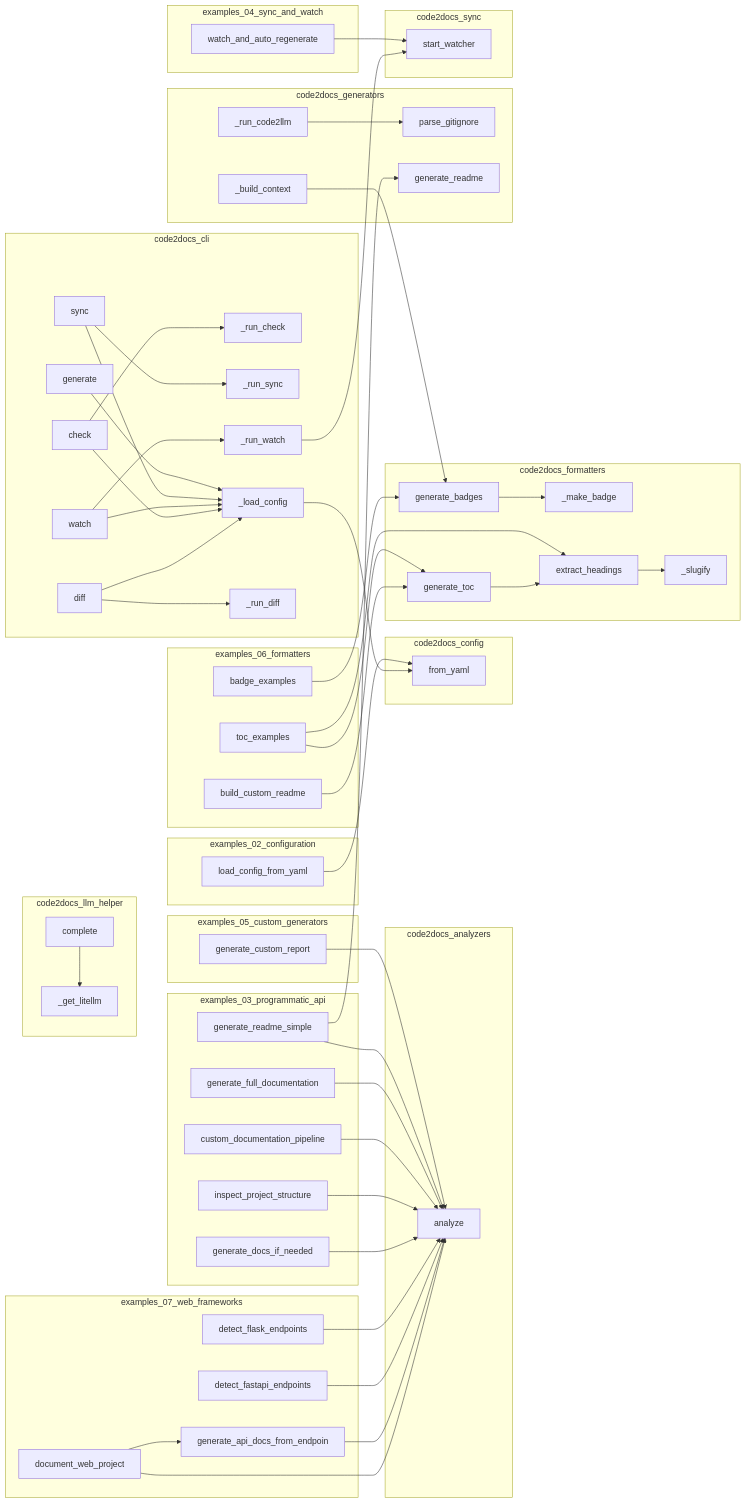
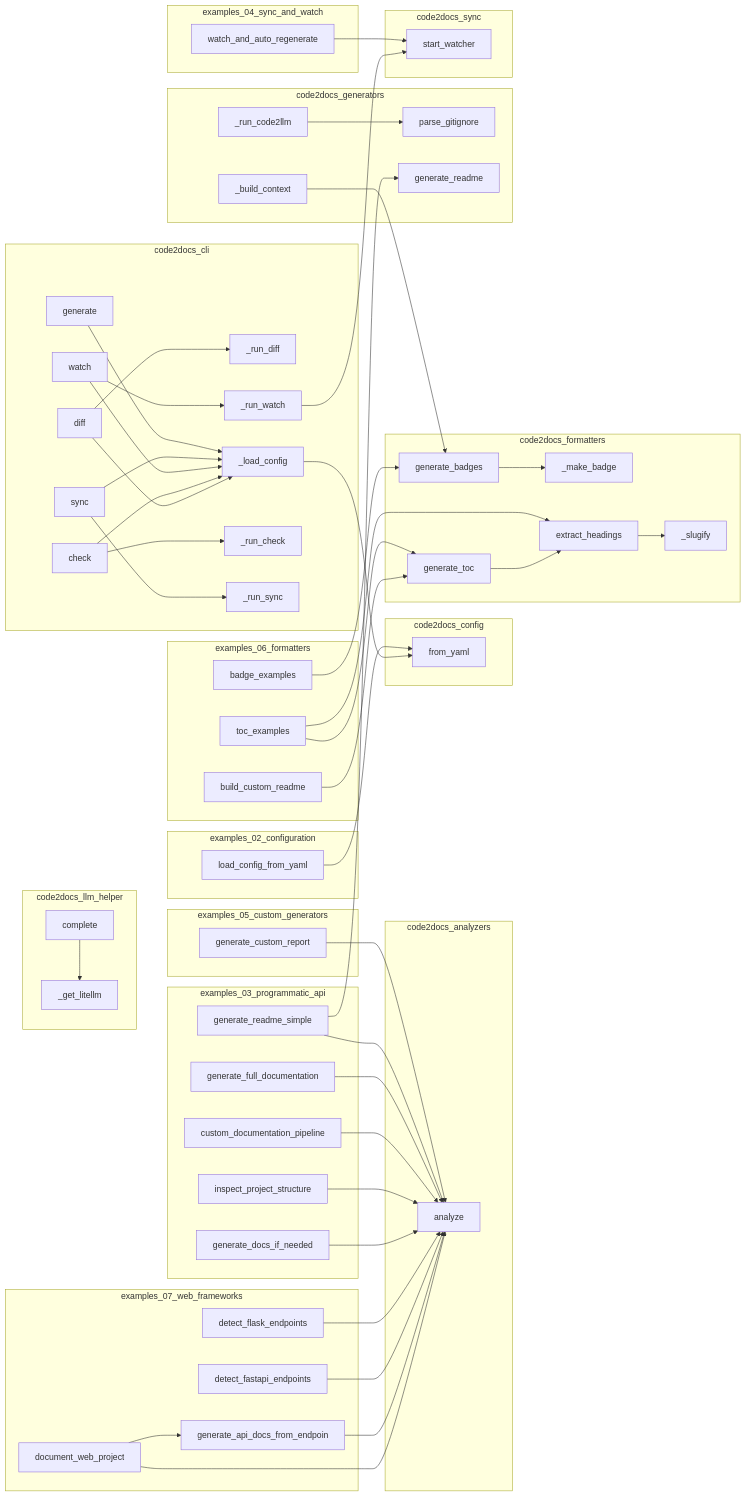
Before and after one commit to wronai/code2docs: the diagram in project/calls.mmd, drawn with Mermaid. The commit also changed other lines of this file and 29 other files, not shown here.

```diff
--- a/project/calls.mmd
+++ b/project/calls.mmd
@@ -1,101 +1,101 @@
 flowchart LR
     subgraph code2docs_analyzers
         code2docs__analyze["analyze"]
     end
     subgraph code2docs_cli
+        code2docs__cli__sync["sync"]
+        code2docs__cli___run_diff["_run_diff"]
+        code2docs__cli___load_config["_load_config"]
+        code2docs__cli___run_watch["_run_watch"]
+        code2docs__cli___run_check["_run_check"]
+        code2docs__cli___run_sync["_run_sync"]
         code2docs__cli__watch["watch"]
-        code2docs__cli___run_check["_run_check"]
+        code2docs__cli__diff["diff"]
         code2docs__cli__generate["generate"]
         code2docs__cli__check["check"]
-        code2docs__cli___run_sync["_run_sync"]
-        code2docs__cli___load_config["_load_config"]
-        code2docs__cli__sync["sync"]
-        code2docs__cli___run_watch["_run_watch"]
-        code2docs__cli___run_diff["_run_diff"]
-        code2docs__cli__diff["diff"]
     end
     subgraph code2docs_config
         code2docs__config__Code2DocsConfig__from_yaml["from_yaml"]
     end
     subgraph code2docs_formatters
+        code2docs__formatters__toc___slugify["_slugify"]
+        code2docs__formatters__toc__generate_toc["generate_toc"]
         code2docs__formatters__badges___make_badge["_make_badge"]
-        code2docs__formatters__toc__generate_toc["generate_toc"]
-        code2docs__formatters__toc___slugify["_slugify"]
         code2docs__formatters__toc__extract_headings["extract_headings"]
         code2docs__formatters__badges__generate_badges["generate_badges"]
     end
     subgraph code2docs_generators
         code2docs__parse_gitignore["parse_gitignore"]
         code2docs__generators__readme_gen__generate_readme["generate_readme"]
         code2docs___build_context["_build_context"]
         code2docs___run_code2llm["_run_code2llm"]
     end
     subgraph code2docs_llm_helper
         code2docs__llm_helper__LLMHelper__complete["complete"]
         code2docs__llm_helper___get_litellm["_get_litellm"]
     end
     subgraph code2docs_sync
         code2docs__sync__watcher__start_watcher["start_watcher"]
     end
     subgraph examples_02_configuration
         examples__02_configuration__load_config_from_yaml["load_config_from_yaml"]
     end
     subgraph examples_03_programmatic_api
         examples__inspect_project_structure["inspect_project_structure"]
         examples__custom_documentation_pipeline["custom_documentation_pipeline"]
+        examples__generate_full_documentation["generate_full_documentation"]
+        examples__generate_readme_simple["generate_readme_simple"]
         examples__generate_docs_if_needed["generate_docs_if_needed"]
-        examples__generate_readme_simple["generate_readme_simple"]
-        examples__generate_full_documentation["generate_full_documentation"]
     end
     subgraph examples_04_sync_and_watch
         examples__watch_and_auto_regenerate["watch_and_auto_regenerate"]
     end
     subgraph examples_05_custom_generators
         examples__generate_custom_report["generate_custom_report"]
     end
     subgraph examples_06_formatters
+        examples__06_formatters__toc_examples["toc_examples"]
+        examples__06_formatters__build_custom_readme["build_custom_readme"]
         examples__06_formatters__badge_examples["badge_examples"]
-        examples__06_formatters__build_custom_readme["build_custom_readme"]
-        examples__06_formatters__toc_examples["toc_examples"]
     end
     subgraph examples_07_web_frameworks
+        examples__detect_fastapi_endpoints["detect_fastapi_endpoints"]
+        examples__07_web_frameworks__document_web_project["document_web_project"]
+        examples__generate_api_docs_from_endpoints["generate_api_docs_from_endpoin"]
         examples__detect_flask_endpoints["detect_flask_endpoints"]
-        examples__detect_fastapi_endpoints["detect_fastapi_endpoints"]
-        examples__generate_api_docs_from_endpoints["generate_api_docs_from_endpoin"]
-        examples__07_web_frameworks__document_web_project["document_web_project"]
     end
     code2docs__llm_helper__LLMHelper__complete --> code2docs__llm_helper___get_litellm
     examples__watch_and_auto_regenerate --> code2docs__sync__watcher__start_watcher
     examples__generate_custom_report --> code2docs__analyze
     examples__06_formatters__badge_examples --> code2docs__formatters__badges__generate_badges
     examples__06_formatters__toc_examples --> code2docs__formatters__toc__generate_toc
     examples__06_formatters__toc_examples --> code2docs__formatters__toc__extract_headings
     examples__06_formatters__build_custom_readme --> code2docs__formatters__toc__generate_toc
     examples__generate_readme_simple --> code2docs__analyze
     examples__generate_readme_simple --> code2docs__generators__readme_gen__generate_readme
     examples__generate_full_documentation --> code2docs__analyze
     examples__custom_documentation_pipeline --> code2docs__analyze
     examples__inspect_project_structure --> code2docs__analyze
     examples__generate_docs_if_needed --> code2docs__analyze
     examples__detect_flask_endpoints --> code2docs__analyze
     examples__detect_fastapi_endpoints --> code2docs__analyze
     examples__generate_api_docs_from_endpoints --> code2docs__analyze
     examples__07_web_frameworks__document_web_project --> code2docs__analyze
     examples__07_web_frameworks__document_web_project --> examples__generate_api_docs_from_endpoints
     examples__02_configuration__load_config_from_yaml --> code2docs__config__Code2DocsConfig__from_yaml
     code2docs__formatters__badges__generate_badges --> code2docs__formatters__badges___make_badge
     code2docs__formatters__toc__generate_toc --> code2docs__formatters__toc__extract_headings
     code2docs__formatters__toc__extract_headings --> code2docs__formatters__toc___slugify
+    code2docs___run_code2llm --> code2docs__parse_gitignore
     code2docs___build_context --> code2docs__formatters__badges__generate_badges
-    code2docs___run_code2llm --> code2docs__parse_gitignore
     code2docs__cli__generate --> code2docs__cli___load_config
     code2docs__cli__sync --> code2docs__cli___load_config
     code2docs__cli__sync --> code2docs__cli___run_sync
     code2docs__cli__watch --> code2docs__cli___load_config
     code2docs__cli__watch --> code2docs__cli___run_watch
     code2docs__cli__check --> code2docs__cli___load_config
     code2docs__cli__check --> code2docs__cli___run_check
     code2docs__cli__diff --> code2docs__cli___load_config
     code2docs__cli__diff --> code2docs__cli___run_diff
     code2docs__cli___load_config --> code2docs__config__Code2DocsConfig__from_yaml
     code2docs__cli___run_watch --> code2docs__sync__watcher__start_watcher
```
